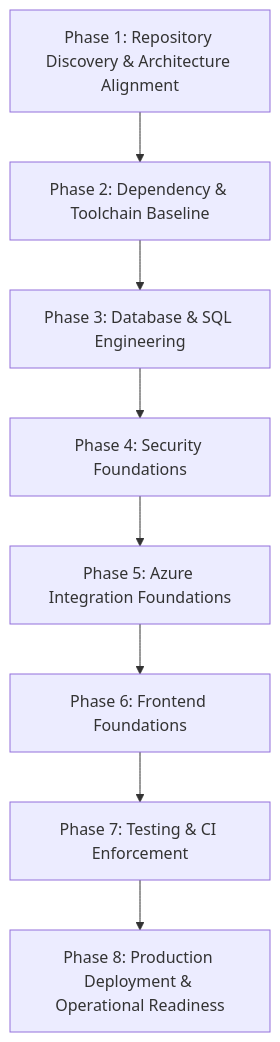
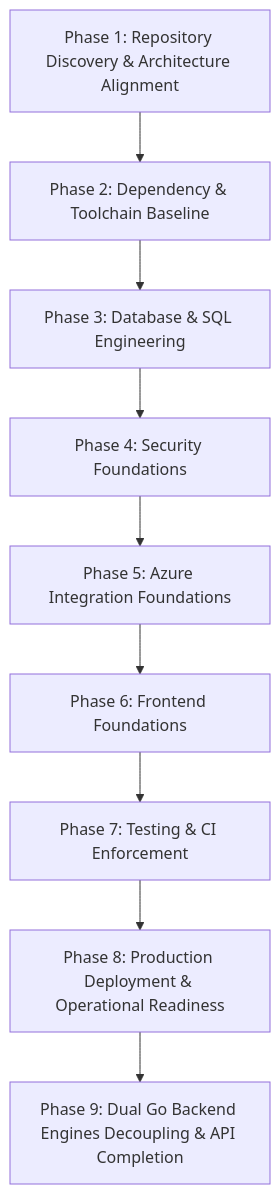
Before and after one commit to HACKWAYS-OTA/hackways: the diagram in docs/plans/MASTER_PLAN.md, drawn with Mermaid. The commit also changed other lines of this file and 107 other files, not shown here.

Commit message:
feat: complete Phase 9 decoupling into dual Go backend engines with Auth and Storage APIs

````diff
--- a/docs/plans/MASTER_PLAN.md
+++ b/docs/plans/MASTER_PLAN.md
@@ -13,19 +13,21 @@
 ```mermaid
 flowchart TD
     P1["Phase 1: Repository Discovery & Architecture Alignment"]
     P2["Phase 2: Dependency & Toolchain Baseline"]
     P3["Phase 3: Database & SQL Engineering"]
     P4["Phase 4: Security Foundations"]
     P5["Phase 5: Azure Integration Foundations"]
     P6["Phase 6: Frontend Foundations"]
     P7["Phase 7: Testing & CI Enforcement"]
     P8["Phase 8: Production Deployment & Operational Readiness"]
+    P9["Phase 9: Dual Go Backend Engines Decoupling & API Completion"]
 
     P1 --> P2
     P2 --> P3
     P3 --> P4
     P4 --> P5
     P5 --> P6
     P6 --> P7
     P7 --> P8
+    P8 --> P9
 ```
````
